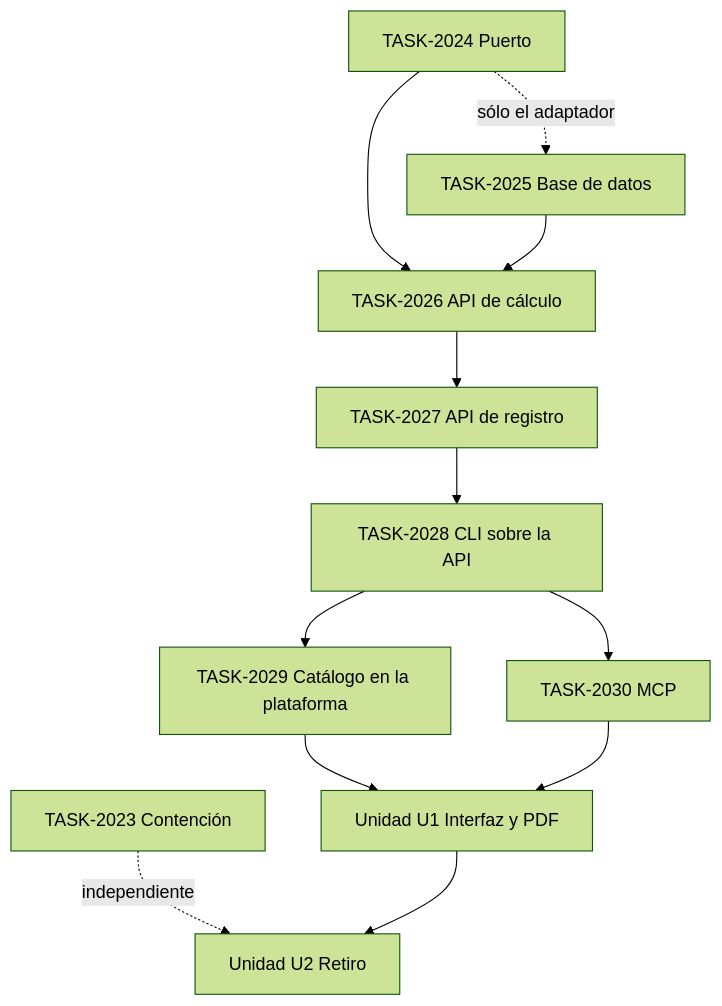
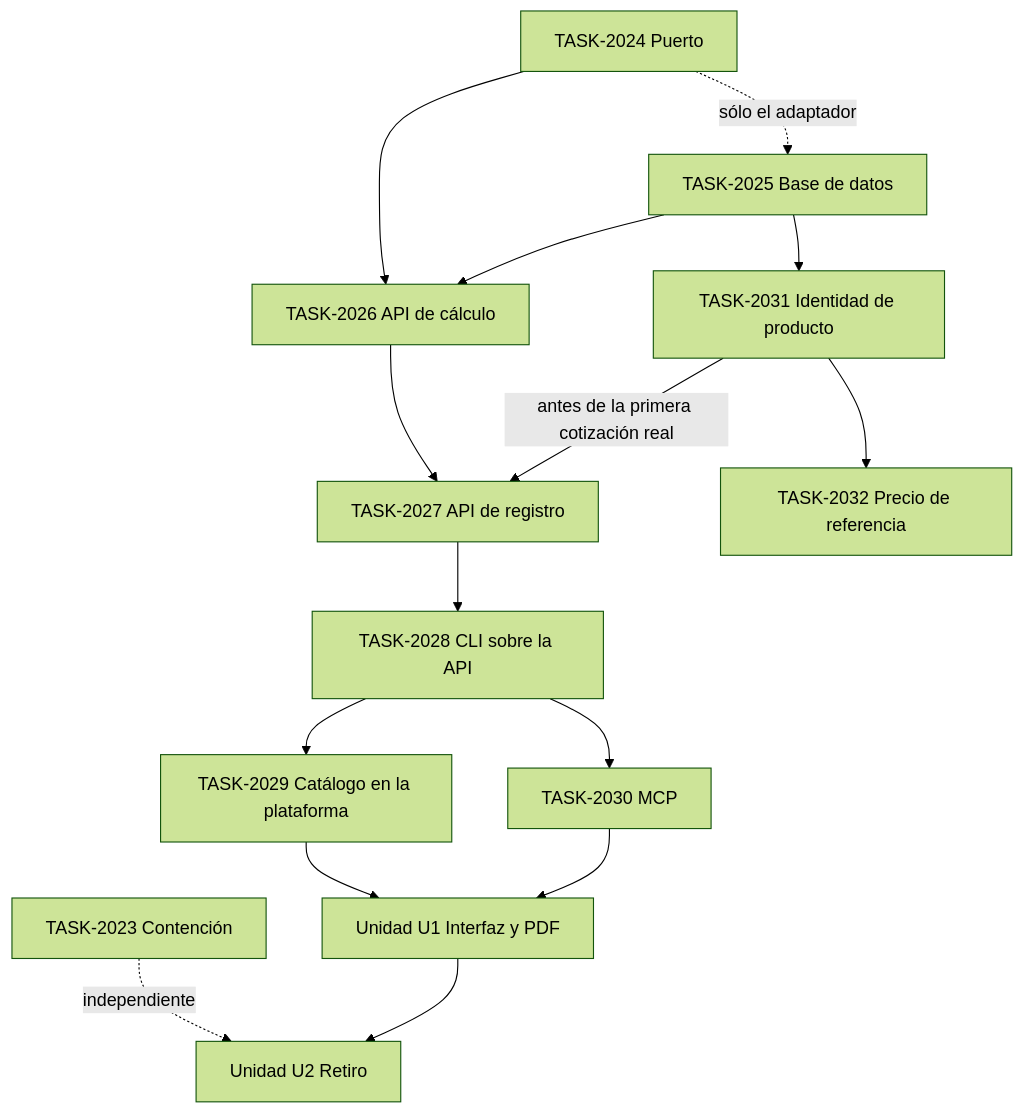
Before and after one commit to efeoncepro/greenhouse-eo: the diagram in docs/epics/in-progress/EPIC-053-quoter-v3-platform-promotion.md, drawn with Mermaid (forest theme). The commit also changed other lines of this file and 2 other files, not shown here.

````diff
--- a/docs/epics/in-progress/EPIC-053-quoter-v3-platform-promotion.md
+++ b/docs/epics/in-progress/EPIC-053-quoter-v3-platform-promotion.md
@@ -125,14 +134,17 @@
 ```mermaid
 flowchart TD
   C[TASK-2023 Contención] -.independiente.-> FIN[Unidad U2 Retiro]
   F1[TASK-2024 Puerto] --> F3[TASK-2026 API de cálculo]
   F2[TASK-2025 Base de datos] --> F3
   F1 -.sólo el adaptador.-> F2
+  F2 --> P1[TASK-2031 Identidad de producto]
+  P1 -->|antes de la primera cotización real| F4
+  P1 --> P2[TASK-2032 Precio de referencia]
   F3 --> F4[TASK-2027 API de registro]
   F4 --> F5[TASK-2028 CLI sobre la API]
   F5 --> F6[TASK-2029 Catálogo en la plataforma]
   F5 --> F7[TASK-2030 MCP]
   F6 --> U1[Unidad U1 Interfaz y PDF]
   F7 --> U1
   U1 --> FIN
 ```
````
